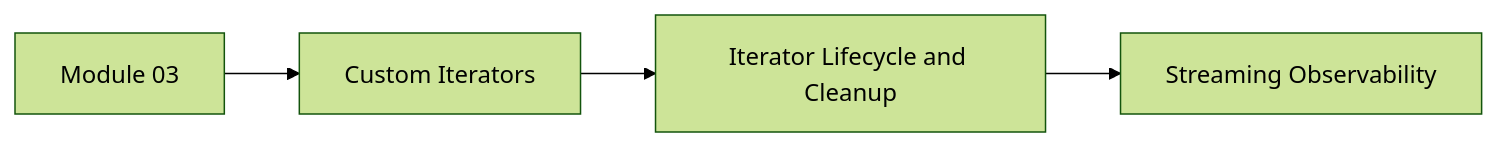
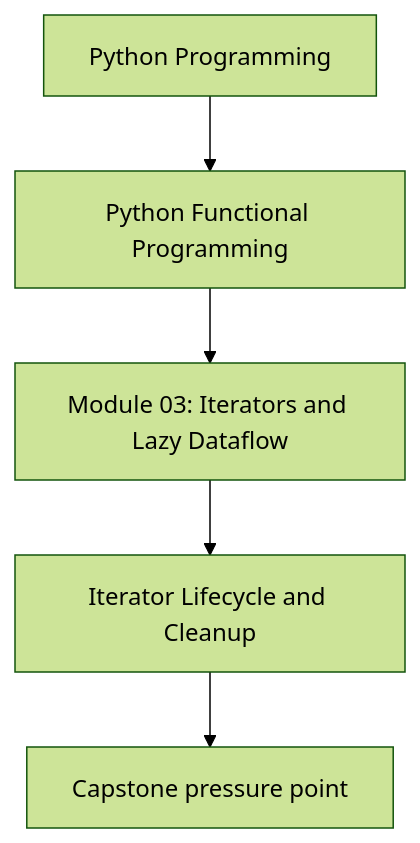
The first of 2 diagrams in programs/python-programming/python-functional-programming/course-book/module-03-iterators-and-lazy-dataflow/iterator-lifecycle-and-cleanup.md (bijux/bijux-masterclass), drawn with Mermaid (forest theme) before and after one commit. The commit also changed other lines of this file and 118 other files, not shown here.

Commit message:
docs(python-functional-programming): align concept page diagrams

````diff
--- a/programs/python-programming/python-functional-programming/course-book/module-03-iterators-and-lazy-dataflow/iterator-lifecycle-and-cleanup.md
+++ b/programs/python-programming/python-functional-programming/course-book/module-03-iterators-and-lazy-dataflow/iterator-lifecycle-and-cleanup.md
@@ -7,6 +7,7 @@
 ```mermaid
-graph LR
-  module["Module 03"] --> iterators["Custom Iterators"]
-  iterators --> review["Iterator Lifecycle and Cleanup"]
-  review --> next["Streaming Observability"]
+flowchart TD
+  family["Python Programming"] --> program["Python Functional Programming"]
+  program --> module["Module 03: Iterators and Lazy Dataflow"]
+  module --> concept["Iterator Lifecycle and Cleanup"]
+  concept --> capstone["Capstone pressure point"]
 ```
````
